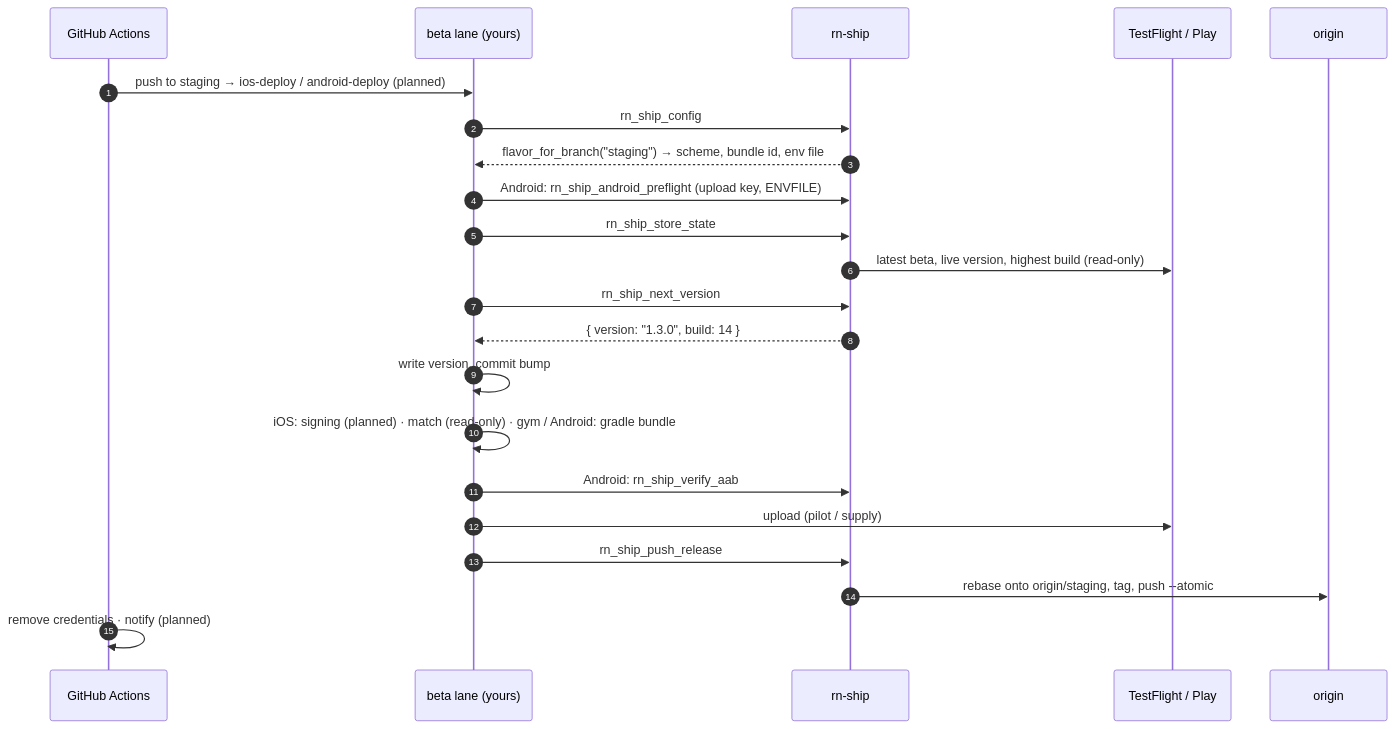
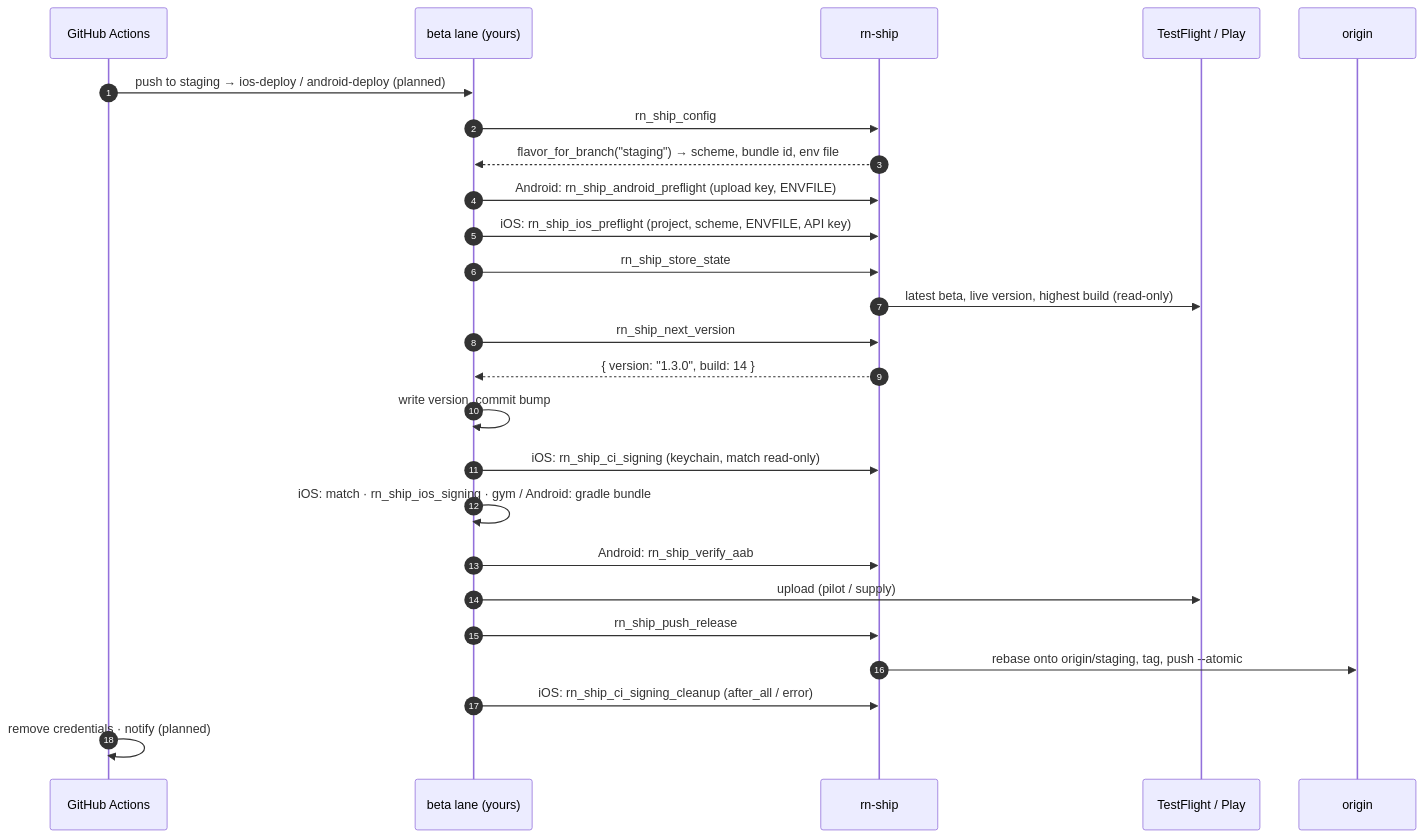
One commit to 27AppStudio/rn-ship changed the second of 5 diagrams in README.md. Above: the diagram before and after it, drawn with Mermaid. The commit also changed other lines of this file and 6 other files, not shown here.

First line of the commit message:
Add iOS CI signing: preflight, keychain, signing settings

````diff
--- a/README.md
+++ b/README.md
@@ -101,25 +103,28 @@
 ```mermaid
 sequenceDiagram
   autonumber
   participant GH as GitHub Actions
   participant Lane as beta lane (yours)
   participant RS as rn-ship
   participant Store as TestFlight / Play
   participant Git as origin
 
   GH->>Lane: push to staging → ios-deploy / android-deploy (planned)
   Lane->>RS: rn_ship_config
   RS-->>Lane: flavor_for_branch("staging") → scheme, bundle id, env file
   Lane->>RS: Android: rn_ship_android_preflight (upload key, ENVFILE)
+  Lane->>RS: iOS: rn_ship_ios_preflight (project, scheme, ENVFILE, API key)
   Lane->>RS: rn_ship_store_state
   RS->>Store: latest beta, live version, highest build (read-only)
   Lane->>RS: rn_ship_next_version
   RS-->>Lane: { version: "1.3.0", build: 14 }
   Lane->>Lane: write version, commit bump
-  Lane->>Lane: iOS: signing (planned) · match (read-only) · gym / Android: gradle bundle
+  Lane->>RS: iOS: rn_ship_ci_signing (keychain, match read-only)
+  Lane->>Lane: iOS: match · rn_ship_ios_signing · gym / Android: gradle bundle
   Lane->>RS: Android: rn_ship_verify_aab
   Lane->>Store: upload (pilot / supply)
   Lane->>RS: rn_ship_push_release
   RS->>Git: rebase onto origin/staging, tag, push --atomic
+  Lane->>RS: iOS: rn_ship_ci_signing_cleanup (after_all / error)
   GH->>GH: remove credentials · notify (planned)
 ```
````
